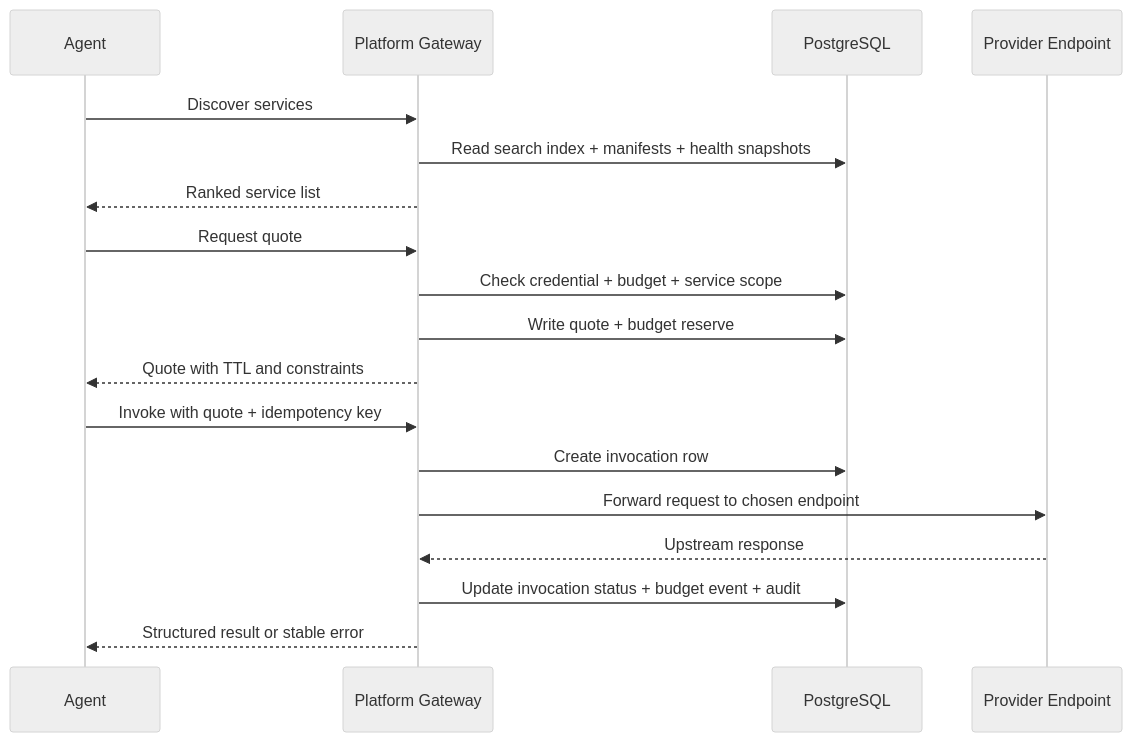
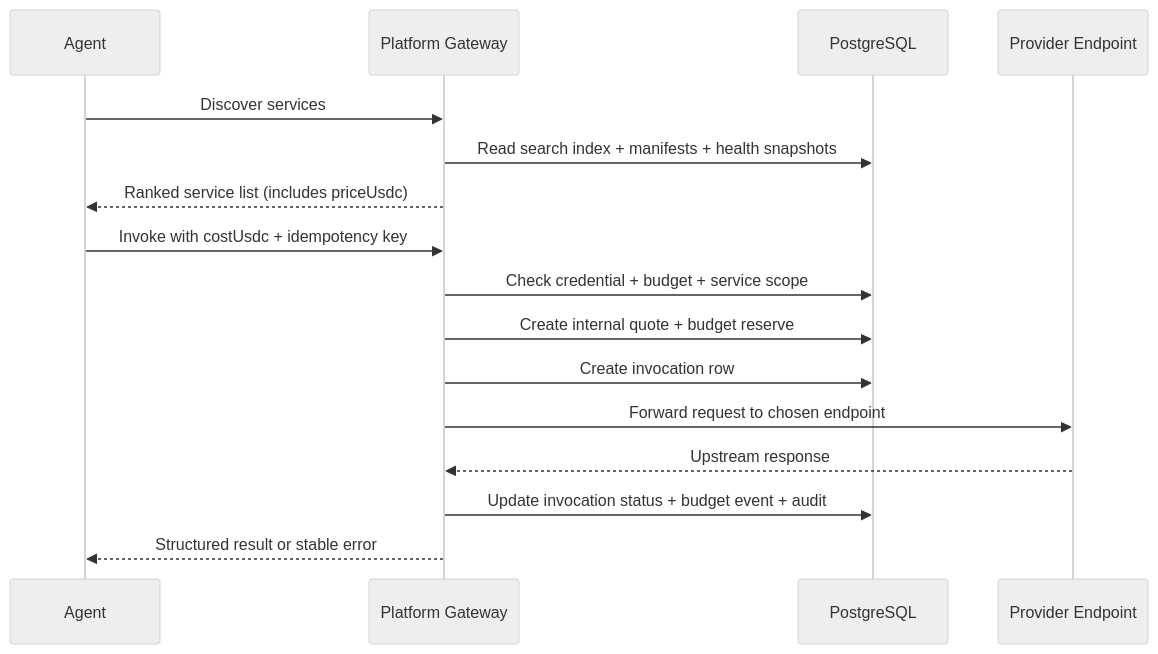
The diagram in docs/architecture/workflows/02_Discovery_and_Gateway_Call.md (SynapseNetworkAI/Synapse-Network), drawn with Mermaid (neutral theme) before and after one commit. The commit also changed other lines of this file and 6 other files, not shown here.

First line of the commit message:
remove Route A (quote→invocations): keep only POST /agent/invoke

````diff
--- a/docs/architecture/workflows/02_Discovery_and_Gateway_Call.md
+++ b/docs/architecture/workflows/02_Discovery_and_Gateway_Call.md
@@ -68,21 +67,19 @@
 ```mermaid
 sequenceDiagram
     participant A as Agent
     participant G as Platform Gateway
     participant DB as PostgreSQL
     participant P as Provider Endpoint
 
     A->>G: Discover services
     G->>DB: Read search index + manifests + health snapshots
-    G-->>A: Ranked service list
-    A->>G: Request quote
+    G-->>A: Ranked service list (includes priceUsdc)
+    A->>G: Invoke with costUsdc + idempotency key
     G->>DB: Check credential + budget + service scope
-    G->>DB: Write quote + budget reserve
-    G-->>A: Quote with TTL and constraints
-    A->>G: Invoke with quote + idempotency key
+    G->>DB: Create internal quote + budget reserve
     G->>DB: Create invocation row
     G->>P: Forward request to chosen endpoint
     P-->>G: Upstream response
     G->>DB: Update invocation status + budget event + audit
     G-->>A: Structured result or stable error
 ```
````
